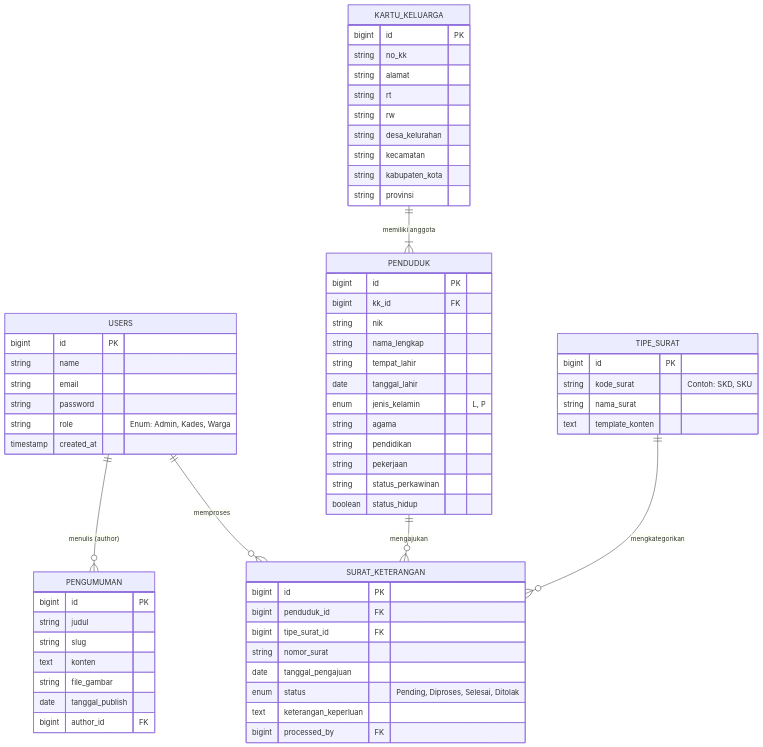
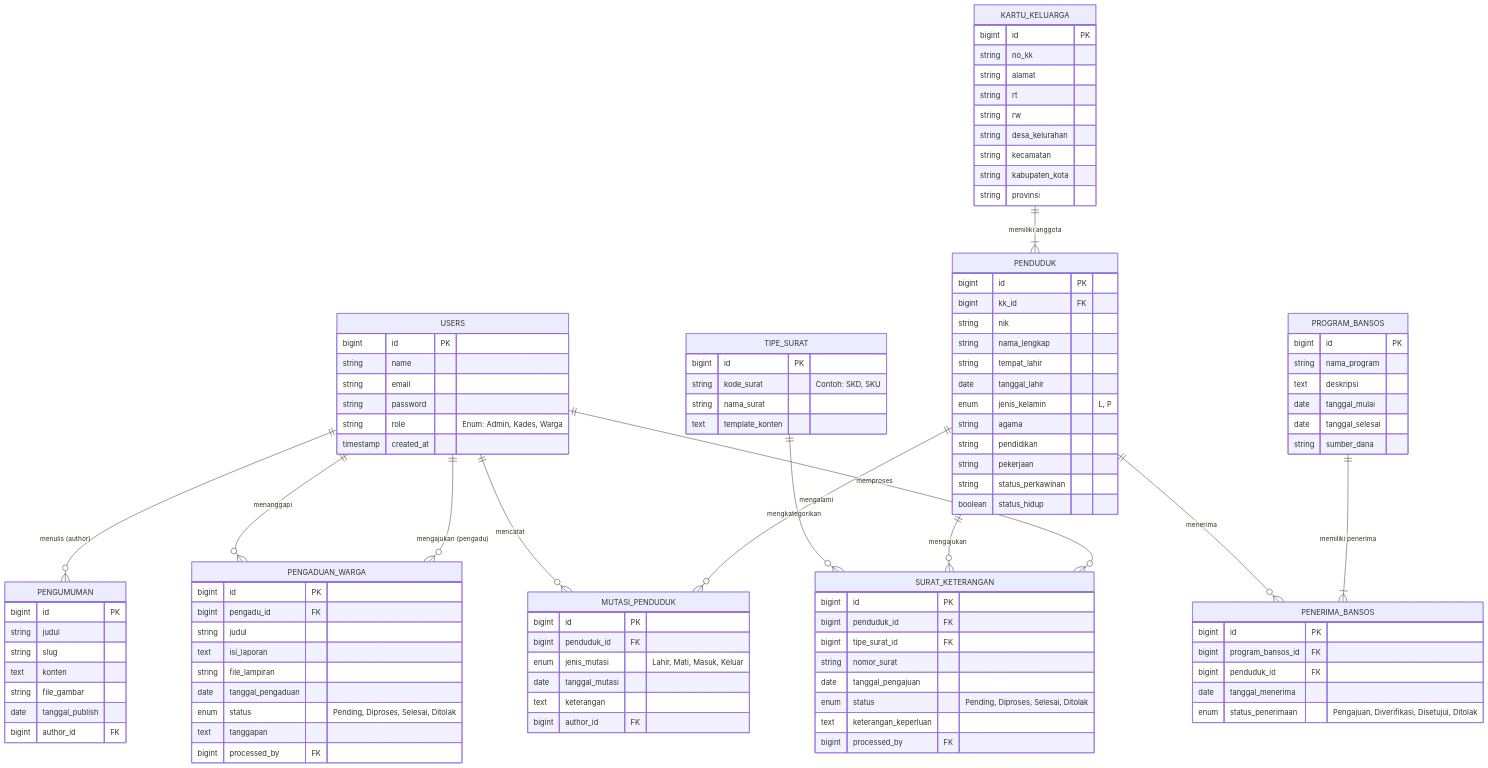
The diagram in PRD.md (Muh-Rafli/sistem-administrasi-desa-atau-kelurahan-UAS), drawn with Mermaid before and after one commit. The commit also changed other lines of this file and 12 other files, not shown here.

Commit message:
feat(user): implement task 1 user roles and extend database schema

````diff
--- a/PRD.md
+++ b/PRD.md
@@ -127,10 +131,54 @@
         bigint author_id FK
     }
 
+    MUTASI_PENDUDUK {
+        bigint id PK
+        bigint penduduk_id FK
+        enum jenis_mutasi "Lahir, Mati, Masuk, Keluar"
+        date tanggal_mutasi
+        text keterangan
+        bigint author_id FK
+    }
+
+    PENGADUAN_WARGA {
+        bigint id PK
+        bigint pengadu_id FK
+        string judul
+        text isi_laporan
+        string file_lampiran
+        date tanggal_pengaduan
+        enum status "Pending, Diproses, Selesai, Ditolak"
+        text tanggapan
+        bigint processed_by FK
+    }
+
+    PROGRAM_BANSOS {
+        bigint id PK
+        string nama_program
+        text deskripsi
+        date tanggal_mulai
+        date tanggal_selesai
+        string sumber_dana
+    }
+
+    PENERIMA_BANSOS {
+        bigint id PK
+        bigint program_bansos_id FK
+        bigint penduduk_id FK
+        date tanggal_menerima
+        enum status_penerimaan "Pengajuan, Diverifikasi, Disetujui, Ditolak"
+    }
+
     %% Relasi
     USERS ||--o{ PENGUMUMAN : "menulis (author)"
     USERS ||--o{ SURAT_KETERANGAN : "memproses"
     KARTU_KELUARGA ||--|{ PENDUDUK : "memiliki anggota"
     PENDUDUK ||--o{ SURAT_KETERANGAN : "mengajukan"
     TIPE_SURAT ||--o{ SURAT_KETERANGAN : "mengkategorikan"
+    PENDUDUK ||--o{ MUTASI_PENDUDUK : "mengalami"
+    USERS ||--o{ MUTASI_PENDUDUK : "mencatat"
+    USERS ||--o{ PENGADUAN_WARGA : "mengajukan (pengadu)"
+    USERS ||--o{ PENGADUAN_WARGA : "menanggapi"
+    PROGRAM_BANSOS ||--|{ PENERIMA_BANSOS : "memiliki penerima"
+    PENDUDUK ||--o{ PENERIMA_BANSOS : "menerima"
 ```
````
